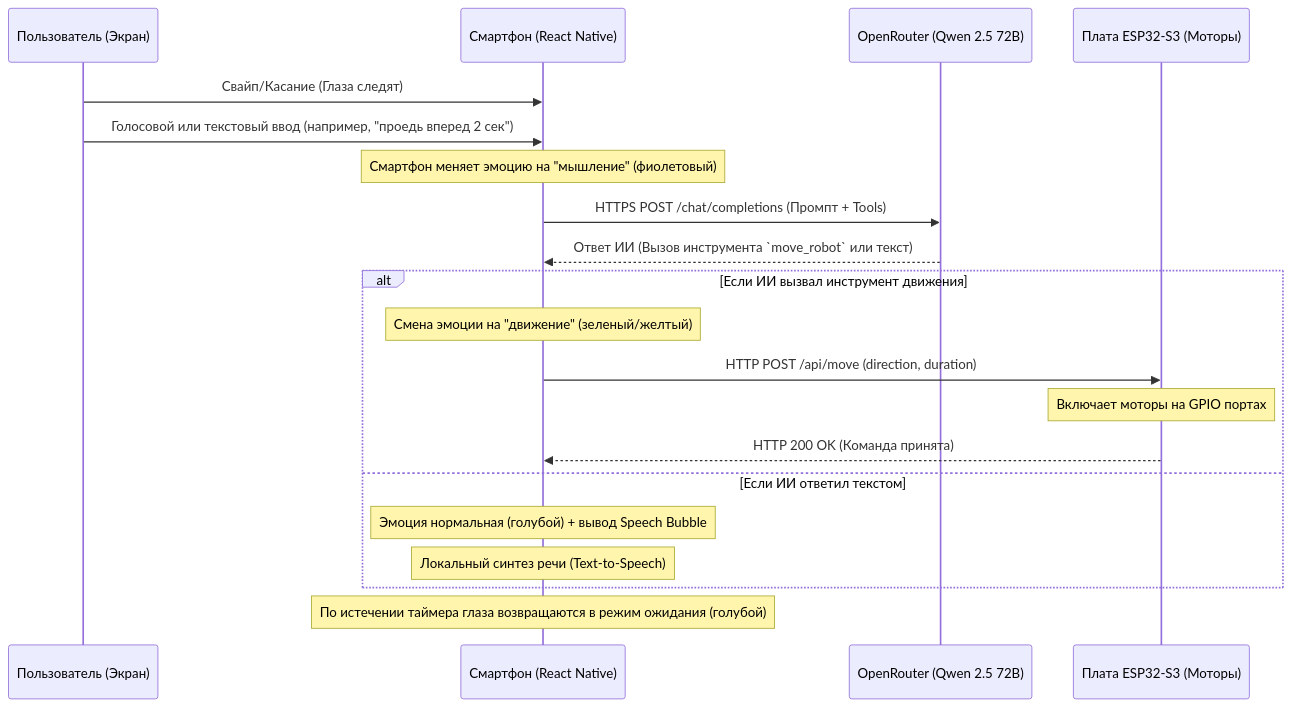
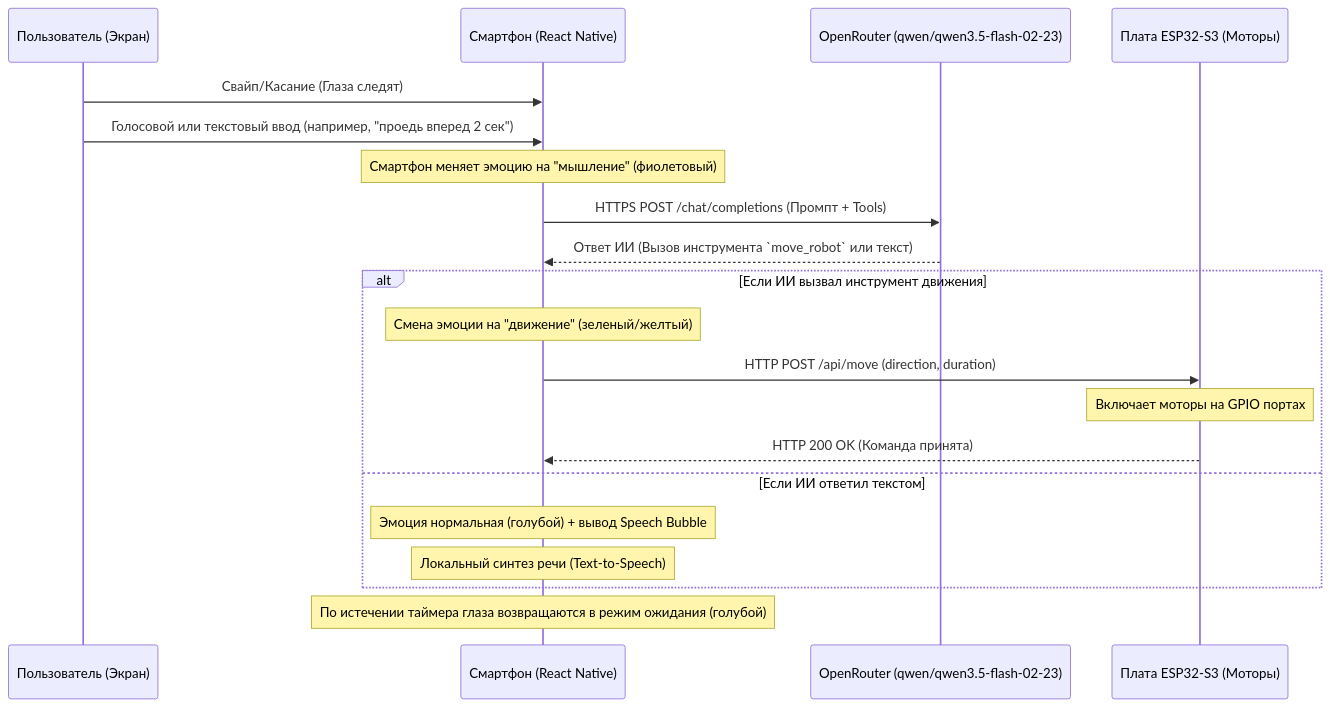
One commit to nordevelopment/LOOIRobotMobile changed the diagram in README.md. Above: the diagram before and after it, drawn with Mermaid. The commit also changed other lines of this file, not shown here.

````diff
--- a/README.md
+++ b/README.md
@@ -11,25 +11,25 @@
 ```mermaid
 sequenceDiagram
     participant User as Пользователь (Экран)
     participant Phone as Смартфон (React Native)
-    participant AI as OpenRouter (Qwen 2.5 72B)
+    participant AI as OpenRouter (qwen/qwen3.5-flash-02-23)
     participant ESP32 as Плата ESP32-S3 (Моторы)
 
     User->>Phone: Свайп/Касание (Глаза следят)
     User->>Phone: Голосовой или текстовый ввод (например, "проедь вперед 2 сек")
     Note over Phone: Смартфон меняет эмоцию на "мышление" (фиолетовый)
     Phone->>AI: HTTPS POST /chat/completions (Промпт + Tools)
     AI-->>Phone: Ответ ИИ (Вызов инструмента `move_robot` или текст)
     
     ALT Если ИИ вызвал инструмент движения
         Note over Phone: Смена эмоции на "движение" (зеленый/желтый)
         Phone->>ESP32: HTTP POST /api/move (direction, duration)
         Note over ESP32: Включает моторы на GPIO портах
         ESP32-->>Phone: HTTP 200 OK (Команда принята)
     ELSE Если ИИ ответил текстом
         Note over Phone: Эмоция нормальная (голубой) + вывод Speech Bubble
         Note over Phone: Локальный синтез речи (Text-to-Speech)
     END
     
     Note over Phone: По истечении таймера глаза возвращаются в режим ожидания (голубой)
 ```
````
